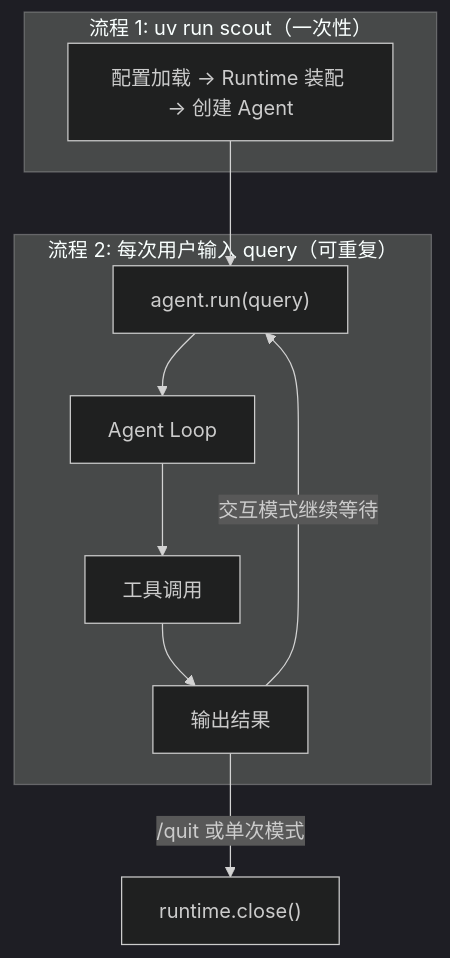
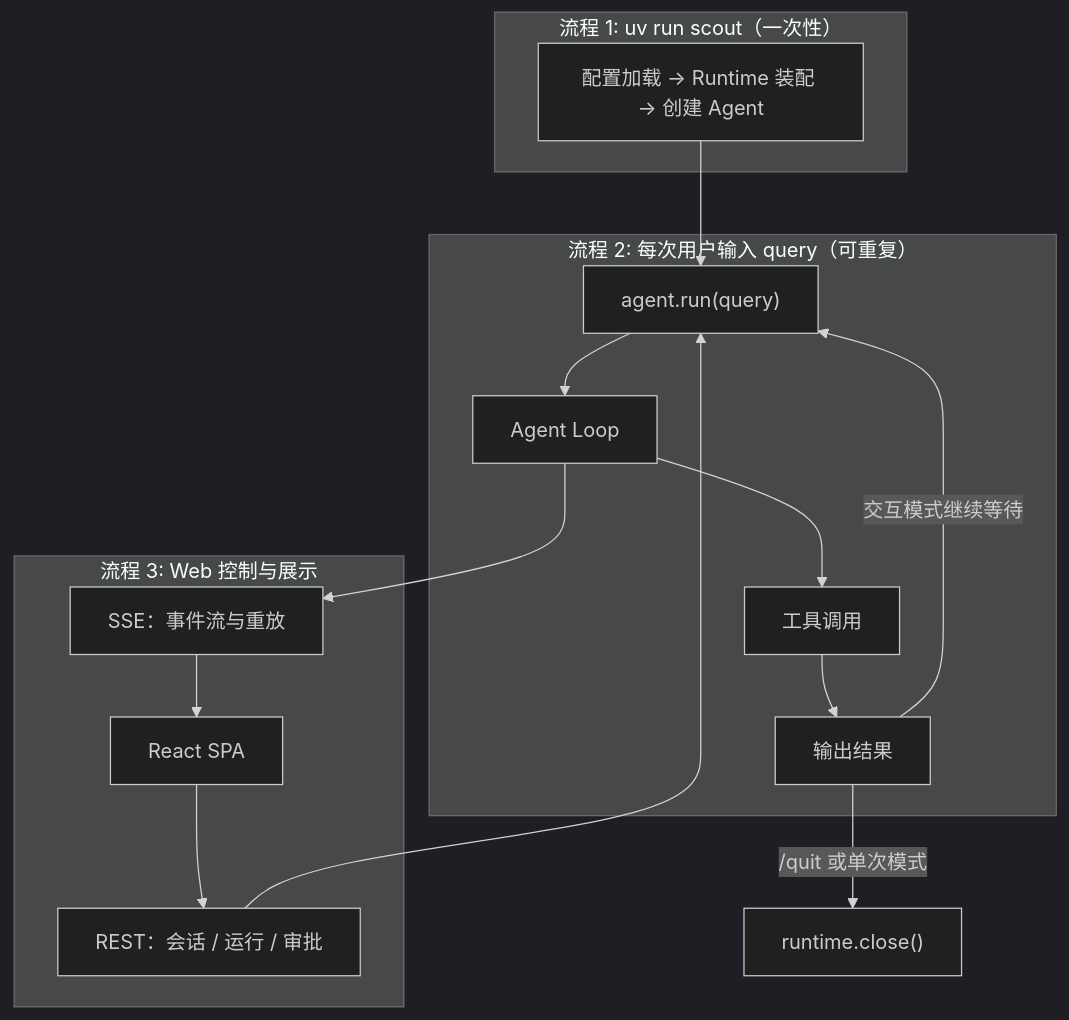
One commit to lightnine/scout-agent changed diagram 13 of 13 in docs/flows.md. Above: the diagram before and after it, drawn with Mermaid (dark theme). The commit also changed other lines of this file and 18 other files, not shown here.

````diff
--- a/docs/flows.md
+++ b/docs/flows.md
@@ -451,18 +532,26 @@
 ```mermaid
 flowchart TB
     subgraph 启动["流程 1: uv run scout（一次性）"]
         INIT["配置加载 → Runtime 装配 → 创建 Agent"]
     end
 
     subgraph 运行["流程 2: 每次用户输入 query（可重复）"]
         QUERY["agent.run(query)"]
         LOOP["Agent Loop"]
         TOOLS["工具调用"]
         OUT["输出结果"]
     end
+    subgraph Web["流程 3: Web 控制与展示"]
+        REST["REST：会话 / 运行 / 审批"]
+        SSE["SSE：事件流与重放"]
+        SPA["React SPA"]
+    end
 
     INIT --> QUERY
     QUERY --> LOOP --> TOOLS --> OUT
     OUT -->|交互模式继续等待| QUERY
     OUT -->|/quit 或单次模式| CLOSE["runtime.close()"]
+    REST --> QUERY
+    LOOP --> SSE --> SPA
+    SPA --> REST
 ```
````
